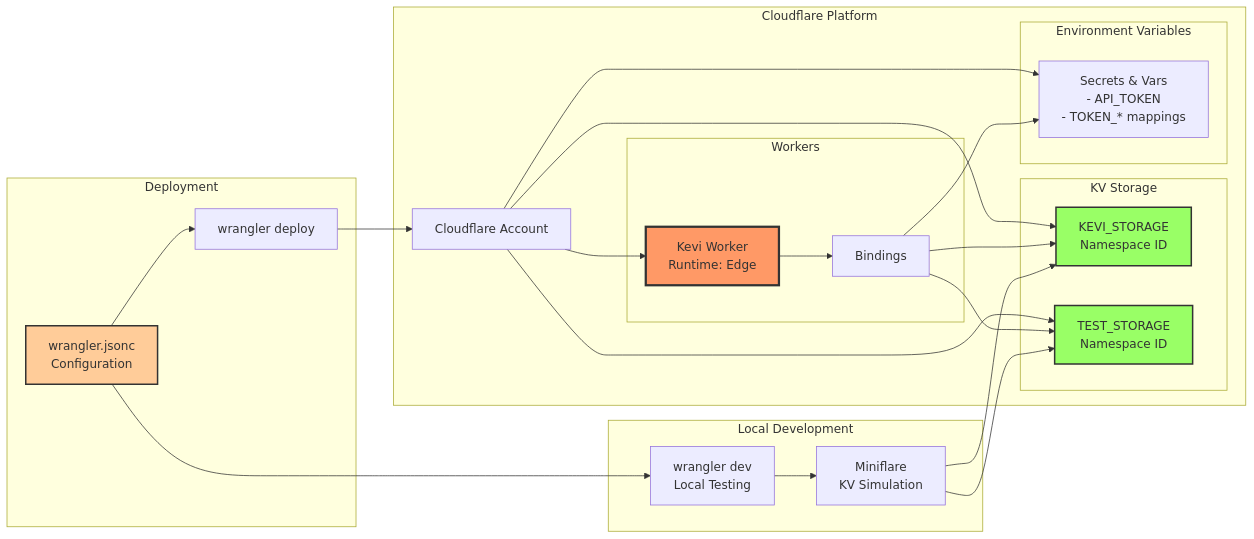
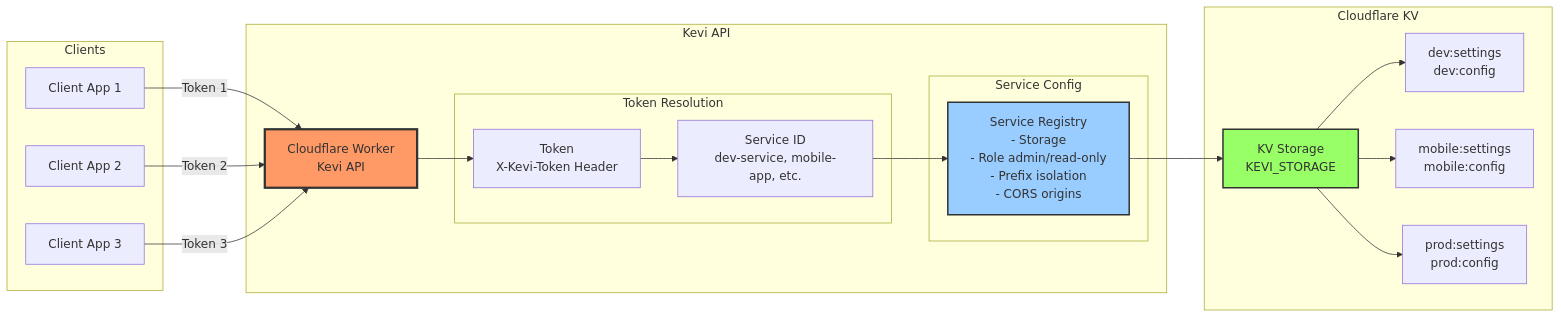
The first of 2 diagrams in docs/ARCHITECTURE_DIAGRAM.md (onurhan1337/kevi), drawn with Mermaid before and after one commit. The commit also changed other lines of this file, not shown here.

Commit message:
fix: update diagrams

````diff
--- a/docs/ARCHITECTURE_DIAGRAM.md
+++ b/docs/ARCHITECTURE_DIAGRAM.md
@@ -366,52 +9,45 @@
 ```mermaid
 graph LR
-    subgraph "Cloudflare Platform"
-        CF_ACCOUNT[Cloudflare Account]
+    subgraph "Clients"
+        CLIENT1[Client App 1]
+        CLIENT2[Client App 2]
+        CLIENT3[Client App 3]
+    end
 
-        subgraph "Workers"
-            WORKER[Kevi Worker<br/>Runtime: Edge]
-            BINDINGS[Bindings]
+    subgraph "Kevi API"
+        WORKER[Cloudflare Worker<br/>Kevi API]
+
+        subgraph "Token Resolution"
+            TOKEN[Token<br/>X-Kevi-Token Header]
+            SERVICE[Service ID<br/>dev-service, mobile-app, etc.]
         end
 
-        subgraph "KV Storage"
-            KV1[KEVI_STORAGE<br/>Namespace ID]
-            KV2[TEST_STORAGE<br/>Namespace ID]
-        end
-
-        subgraph "Environment Variables"
-            ENV_VARS[Secrets & Vars<br/>- API_TOKEN<br/>- TOKEN_* mappings]
+        subgraph "Service Config"
+            CONFIG[Service Registry<br/>- Storage<br/>- Role admin/read-only<br/>- Prefix isolation<br/>- CORS origins]
         end
     end
 
-    subgraph "Deployment"
-        WRANGLER[wrangler.jsonc<br/>Configuration]
-        DEPLOY[wrangler deploy]
+    subgraph "Cloudflare KV"
+        KV[KV Storage<br/>KEVI_STORAGE]
+        KEY1[dev:settings<br/>dev:config]
+        KEY2[mobile:settings<br/>mobile:config]
+        KEY3[prod:settings<br/>prod:config]
     end
 
-    subgraph "Local Development"
-        DEV[wrangler dev<br/>Local Testing]
-        MINIFLARE[Miniflare<br/>KV Simulation]
-    end
+    CLIENT1 -->|Token 1| WORKER
+    CLIENT2 -->|Token 2| WORKER
+    CLIENT3 -->|Token 3| WORKER
 
-    WRANGLER --> DEPLOY
-    DEPLOY --> CF_ACCOUNT
-    CF_ACCOUNT --> WORKER
-    CF_ACCOUNT --> KV1
-    CF_ACCOUNT --> KV2
-    CF_ACCOUNT --> ENV_VARS
+    WORKER --> TOKEN
+    TOKEN --> SERVICE
+    SERVICE --> CONFIG
+    CONFIG --> KV
 
-    WORKER --> BINDINGS
-    BINDINGS --> KV1
-    BINDINGS --> KV2
-    BINDINGS --> ENV_VARS
-
-    WRANGLER --> DEV
-    DEV --> MINIFLARE
-    MINIFLARE --> KV1
-    MINIFLARE --> KV2
+    KV --> KEY1
+    KV --> KEY2
+    KV --> KEY3
 
     style WORKER fill:#f96,stroke:#333,stroke-width:3px
-    style KV1 fill:#9f6,stroke:#333,stroke-width:2px
-    style KV2 fill:#9f6,stroke:#333,stroke-width:2px
-    style WRANGLER fill:#fc9,stroke:#333,stroke-width:2px
+    style KV fill:#9f6,stroke:#333,stroke-width:2px
+    style CONFIG fill:#9cf,stroke:#333,stroke-width:2px
 ```
````
